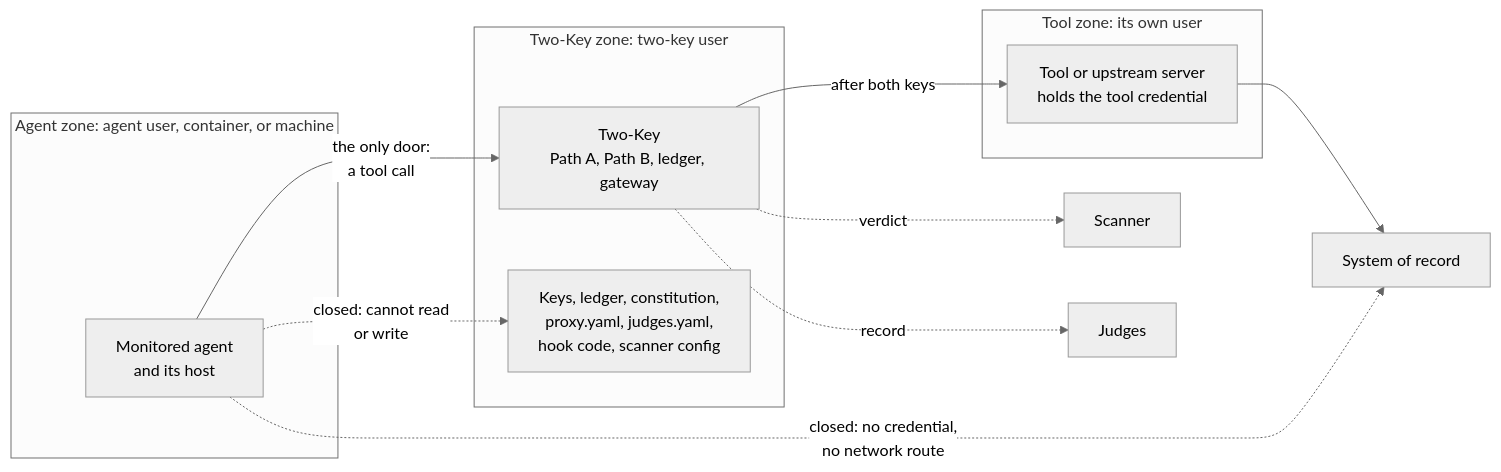
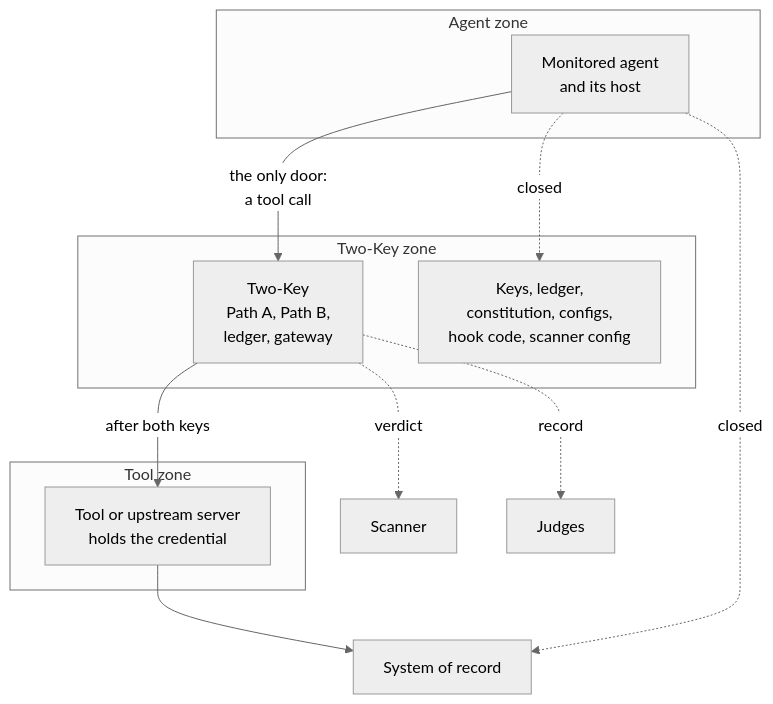
The first of 5 diagrams in docs/CONNECTING.md (Insomniac-VibeLabs/two-key), drawn with Mermaid (neutral theme) before and after one commit. The commit also changed other lines of this file and 12 other files, not shown here.

First line of the commit message:
Redraw every diagram to one house style, checked by a test (#29)

````diff
--- a/docs/CONNECTING.md
+++ b/docs/CONNECTING.md
@@ -53,20 +53,20 @@
 ```mermaid
-flowchart LR
-  subgraph agentzone["Agent zone: agent user, container, or machine"]
+flowchart TD
+  subgraph agentzone["Agent zone"]
     agent["Monitored agent<br/>and its host"]
   end
-  subgraph tkzone["Two-Key zone: two-key user"]
-    tk["Two-Key<br/>Path A, Path B, ledger, gateway"]
-    trusted["Keys, ledger, constitution,<br/>proxy.yaml, judges.yaml,<br/>hook code, scanner config"]
+  subgraph tkzone["Two-Key zone"]
+    tk["Two-Key<br/>Path A, Path B,<br/>ledger, gateway"]
+    trusted["Keys, ledger,<br/>constitution, configs,<br/>hook code, scanner config"]
   end
-  subgraph toolzone["Tool zone: its own user"]
-    tool["Tool or upstream server<br/>holds the tool credential"]
+  subgraph toolzone["Tool zone"]
+    tool["Tool or upstream server<br/>holds the credential"]
   end
   agent -- "the only door:<br/>a tool call" --> tk
   tk -- "after both keys" --> tool
   tool --> sor["System of record"]
-  agent -. "closed: no credential,<br/>no network route" .-> sor
-  agent -. "closed: cannot read<br/>or write" .-> trusted
+  agent -. "closed" .-> sor
+  agent -. "closed" .-> trusted
   tk -. "verdict" .-> scanner["Scanner"]
   tk -. "record" .-> judges["Judges"]
 ```
````
